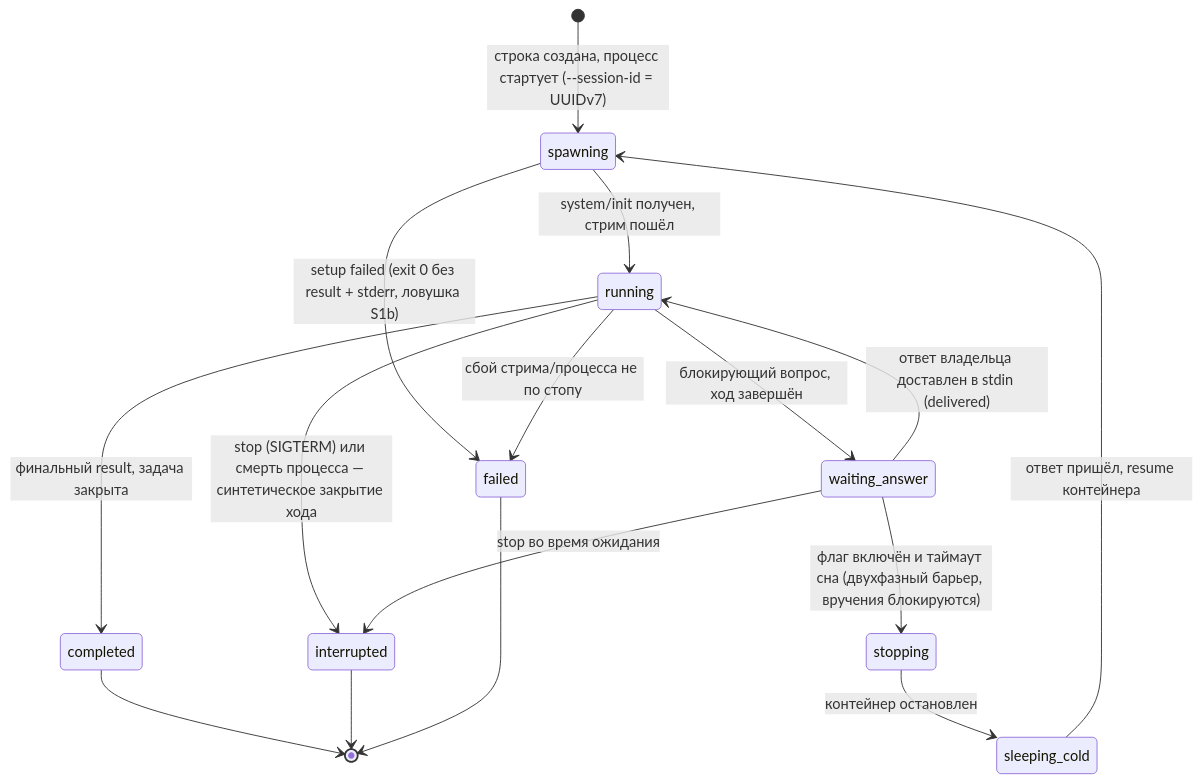
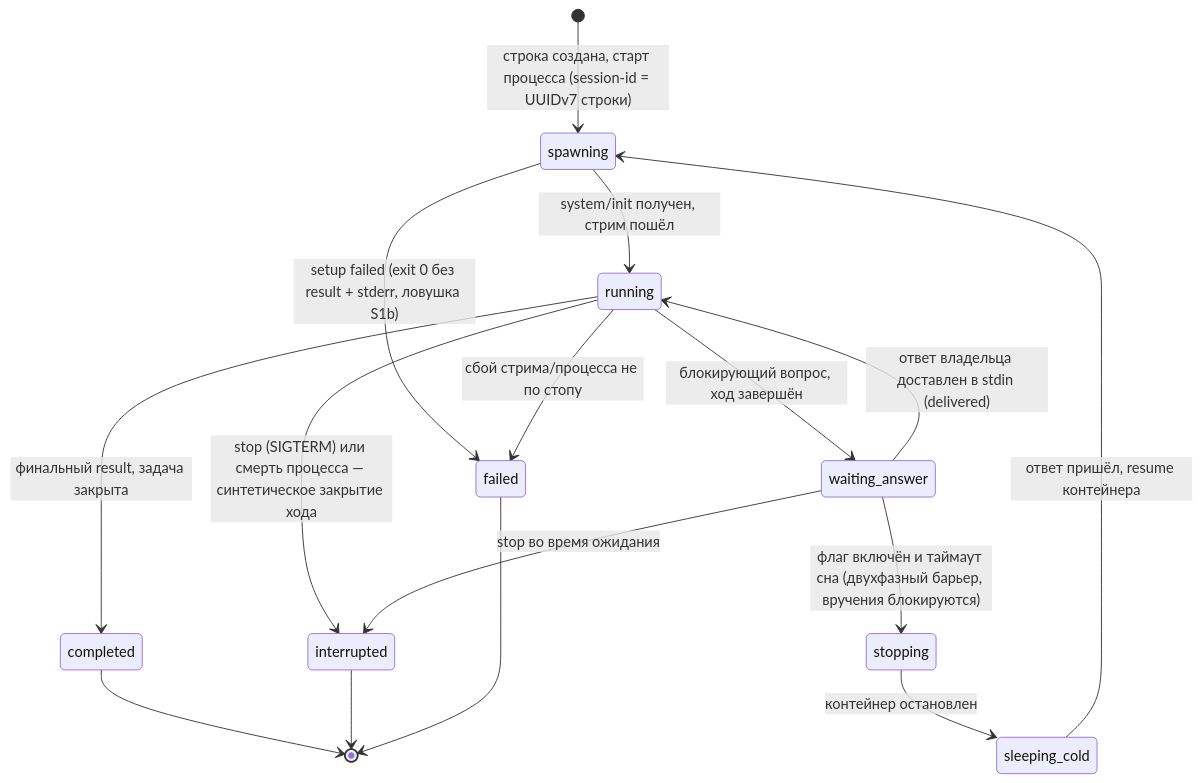
One commit to IgorKramar/gefest changed the diagram in docs/architecture/diagrams/state-sessiya.md. Above: the diagram before and after it, drawn with Mermaid. The commit also changed 1 other file, not shown here.

Commit message:
docs: диаграммы состояний — подписи переходов без ';' и '--' (parse error Mermaid)

````diff
--- a/docs/architecture/diagrams/state-sessiya.md
+++ b/docs/architecture/diagrams/state-sessiya.md
@@ -5,23 +5,23 @@
 ```mermaid
 stateDiagram-v2
-    [*] --> spawning: строка создана, процесс стартует (--session-id = UUIDv7)
+    [*] --> spawning: строка создана, старт процесса (session-id = UUIDv7 строки)
 
     spawning --> running: system/init получен, стрим пошёл
     spawning --> failed: setup failed (exit 0 без result + stderr, ловушка S1b)
 
     running --> waiting_answer: блокирующий вопрос, ход завершён
     waiting_answer --> running: ответ владельца доставлен в stdin (delivered)
 
     running --> completed: финальный result, задача закрыта
     running --> interrupted: stop (SIGTERM) или смерть процесса — синтетическое закрытие хода
     waiting_answer --> interrupted: stop во время ожидания
     running --> failed: сбой стрима/процесса не по стопу
 
     waiting_answer --> stopping: флаг включён и таймаут сна (двухфазный барьер, вручения блокируются)
     stopping --> sleeping_cold: контейнер остановлен
     sleeping_cold --> spawning: ответ пришёл, resume контейнера
 
     completed --> [*]
     interrupted --> [*]
     failed --> [*]
 ```
````
